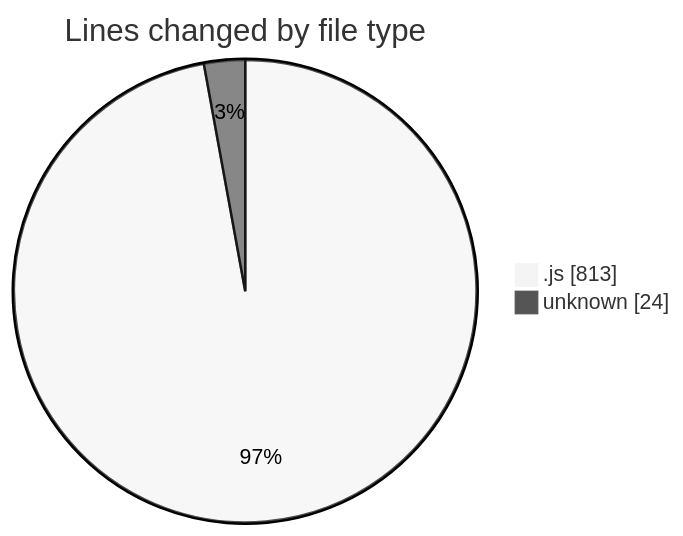
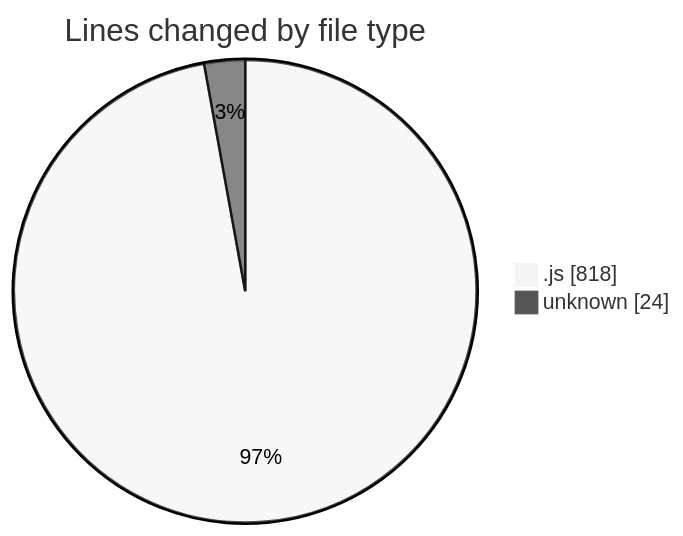
Before and after one commit to momahboobian/code-tracking: the first of 2 diagrams in 2025-02-03/cda/README.md, drawn with Mermaid (neutral theme). The commit also changed other lines of this file and 1 other file, not shown here.

````diff
--- a/2025-02-03/cda/README.md
+++ b/2025-02-03/cda/README.md
@@ -24,6 +24,6 @@
 ```mermaid
 pie showData
 title Lines changed by file type
-".js" : 813
+".js" : 818
 "unknown" : 24
 ```
````
